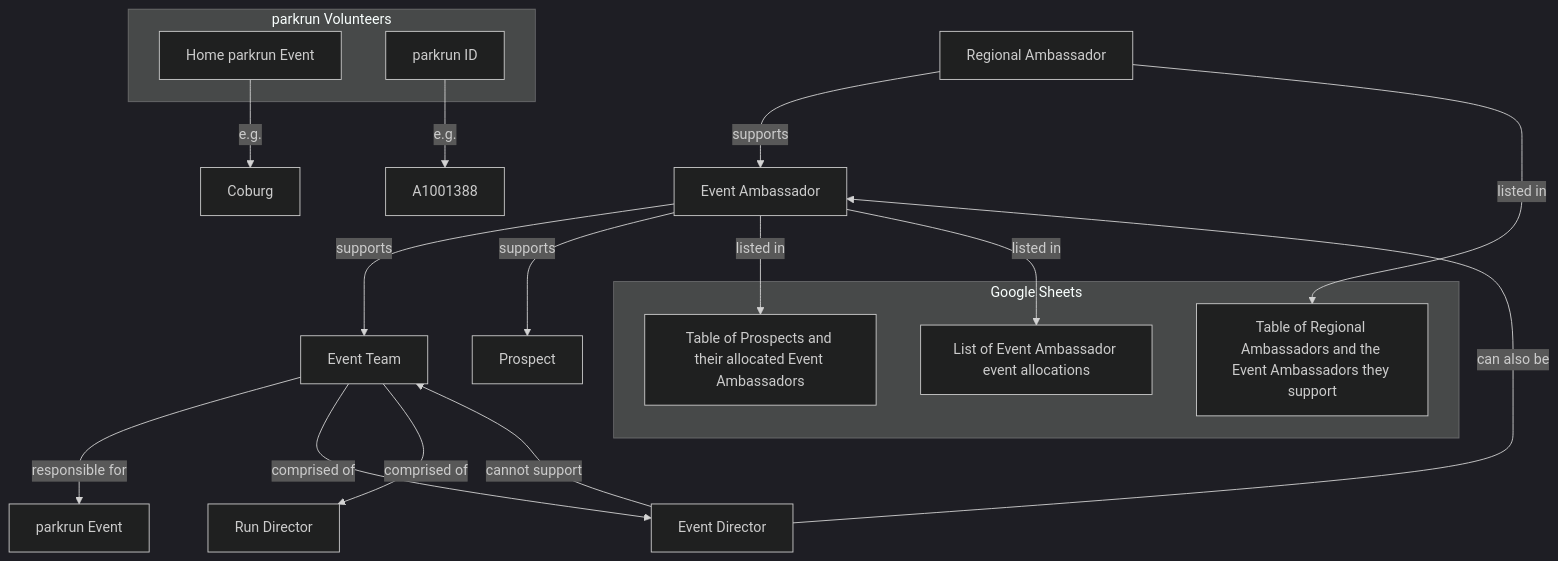
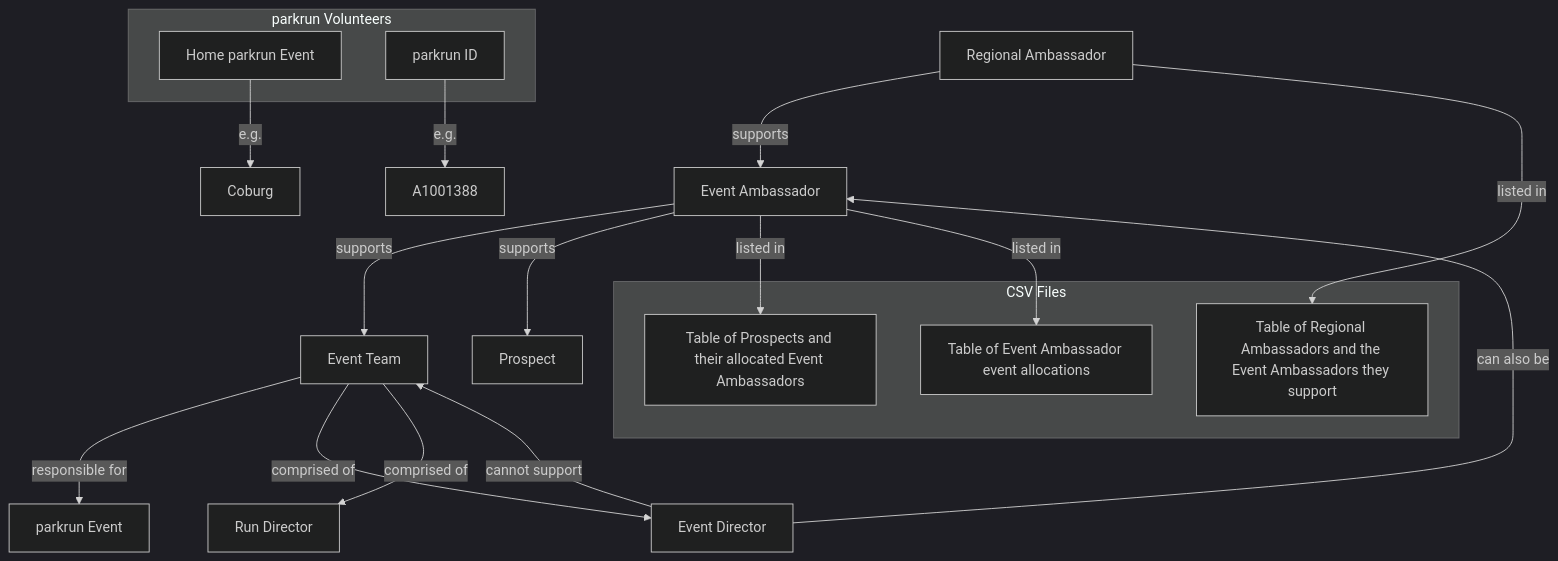
Before and after one commit to johnsyweb/ambassy: the diagram in README.md, drawn with Mermaid (dark theme). The commit also changed other lines of this file and 9 other files, not shown here.

````diff
--- a/README.md
+++ b/README.md
@@ -20,29 +20,29 @@
 ```mermaid
 graph TD
     RA[Regional Ambassador] -->|supports| EA[Event Ambassador]
     EA -->|supports| ET[Event Team]
     ET -->|responsible for| PE[parkrun Event]
     ET -->|comprised of| ED[Event Director]
     ET -->|comprised of| RD[Run Director]
     EA -->|supports| P[Prospect]
 
-    subgraph Google Sheets
-        GS1[Table of Prospects and their allocated Event Ambassadors]
-        GS2[List of Event Ambassador event allocations]
-        GS3[Table of Regional Ambassadors and the Event Ambassadors they support]
+    subgraph CSV Files
+        CSV1[Table of Prospects and their allocated Event Ambassadors]
+        CSV2[Table of Event Ambassador event allocations]
+        CSV3[Table of Regional Ambassadors and the Event Ambassadors they support]
     end
 
-    RA -->|listed in| GS3
-    EA -->|listed in| GS1
-    EA -->|listed in| GS2
+    RA -->|listed in| CSV3
+    EA -->|listed in| CSV1
+    EA -->|listed in| CSV2
 
     subgraph parkrun Volunteers
         PV1[Home parkrun Event]
         PV2[parkrun ID]
     end
 
     PV1 -->|e.g.| Coburg
     PV2 -->|e.g.| A1001388
     ED -->|can also be| EA
     ED -->|cannot support| ET
-  ```
+```
````
